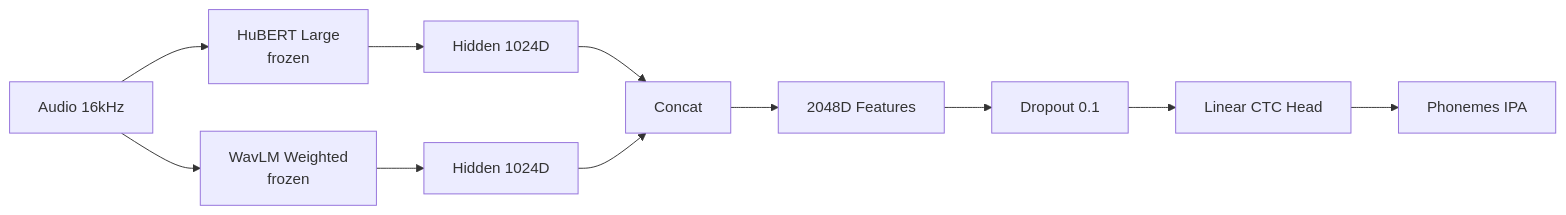
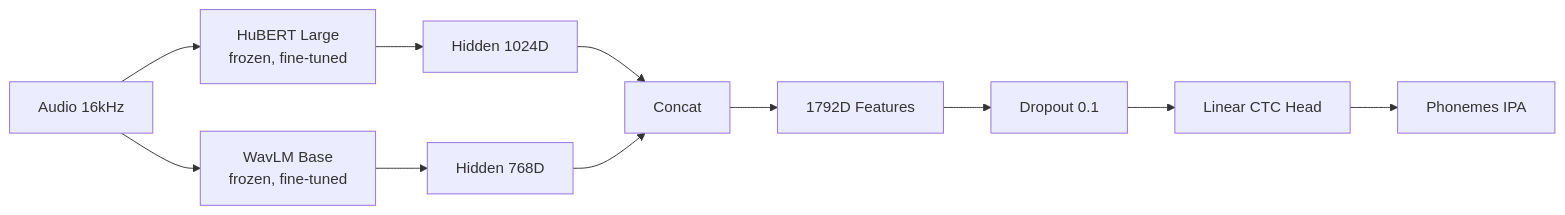
One commit to maurocarlu/pronuncIAtion changed the diagram in docs/ARCHITECTURE_DETAILS.md. Above: the diagram before and after it, drawn with Mermaid. The commit also changed other lines of this file and 4 other files, not shown here.

````diff
--- a/docs/ARCHITECTURE_DETAILS.md
+++ b/docs/ARCHITECTURE_DETAILS.md
@@ -305,13 +305,13 @@
 ```mermaid
 flowchart LR
-    A[Audio 16kHz] --> B[HuBERT Large<br/>frozen]
-    A --> C[WavLM Weighted<br/>frozen]
+    A[Audio 16kHz] --> B[HuBERT Large<br/>frozen, fine-tuned]
+    A --> C[WavLM Base<br/>frozen, fine-tuned]
     B --> D[Hidden 1024D]
-    C --> E[Hidden 1024D]
+    C --> E[Hidden 768D]
     D --> F[Concat]
     E --> F
-    F --> G[2048D Features]
+    F --> G[1792D Features]
     G --> H[Dropout 0.1]
     H --> I[Linear CTC Head]
     I --> J[Phonemes IPA]
 ```
````
